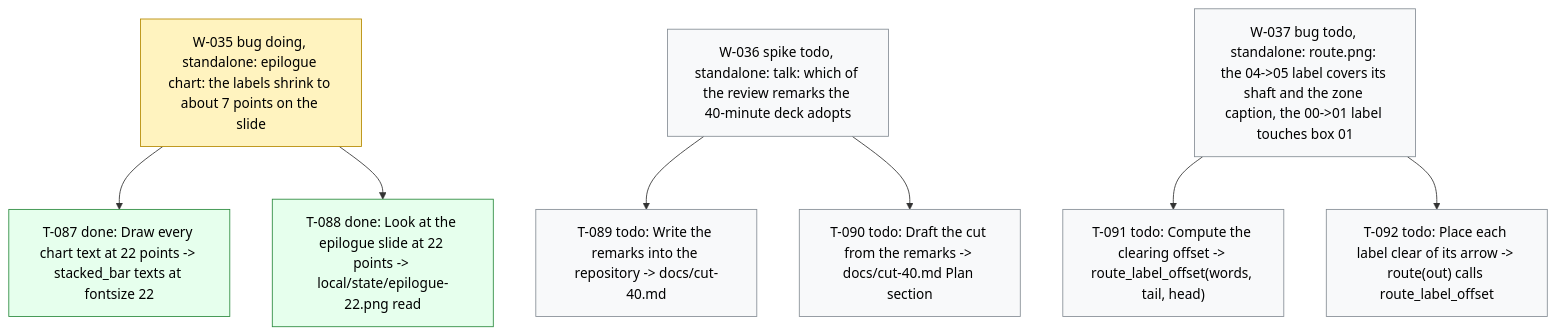
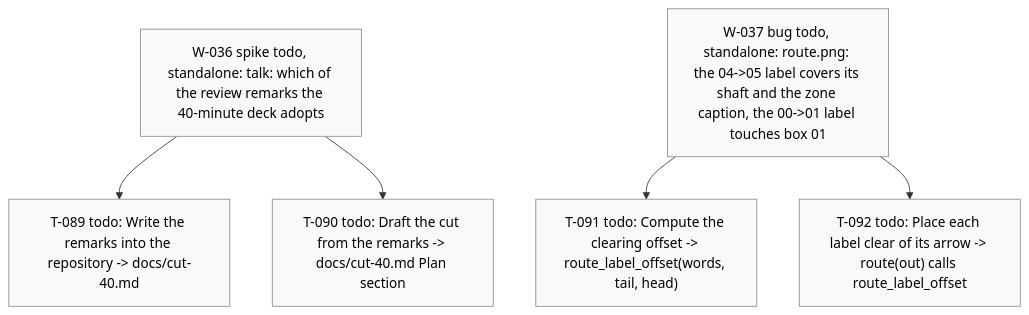
Before and after one commit to dpopchev/chaos-to-simple: the diagram in .board/BOARD.md, drawn with Mermaid. The commit also changed other lines of this file and 3 other files, not shown here.

````diff
--- a/.board/BOARD.md
+++ b/.board/BOARD.md
@@ -236,20 +242,15 @@
 ```mermaid
 flowchart TD
-  W035["W-035 bug doing, standalone: epilogue chart: the labels shrink to about 7 points on the slide"]
-  W035 --> T087["T-087 done: Draw every chart text at 22 points -> stacked_bar texts at fontsize 22"]
-  W035 --> T088["T-088 done: Look at the epilogue slide at 22 points -> local/state/epilogue-22.png read"]
   W036["W-036 spike todo, standalone: talk: which of the review remarks the 40-minute deck adopts"]
   W036 --> T089["T-089 todo: Write the remarks into the repository -> docs/cut-40.md"]
   W036 --> T090["T-090 todo: Draft the cut from the remarks -> docs/cut-40.md Plan section"]
   W037["W-037 bug todo, standalone: route.png: the 04->05 label covers its shaft and the zone caption, the 00->01 label touches box 01"]
   W037 --> T091["T-091 todo: Compute the clearing offset -> route_label_offset(words, tail, head)"]
   W037 --> T092["T-092 todo: Place each label clear of its arrow -> route(out) calls route_label_offset"]
   classDef doing fill:#fff3bf,stroke:#b58900,color:#000;
   classDef blocked fill:#ffe3e3,stroke:#c92a2a,color:#000;
   classDef done fill:#e6ffed,stroke:#2b8a3e,color:#000;
   classDef todo fill:#f8f9fa,stroke:#868e96,color:#000;
   classDef pruned fill:#f1f3f5,stroke:#adb5bd,color:#000;
-  class W035 doing
-  class T087,T088 done
   class W036,T089,T090,W037,T091,T092 todo
 ```
````
